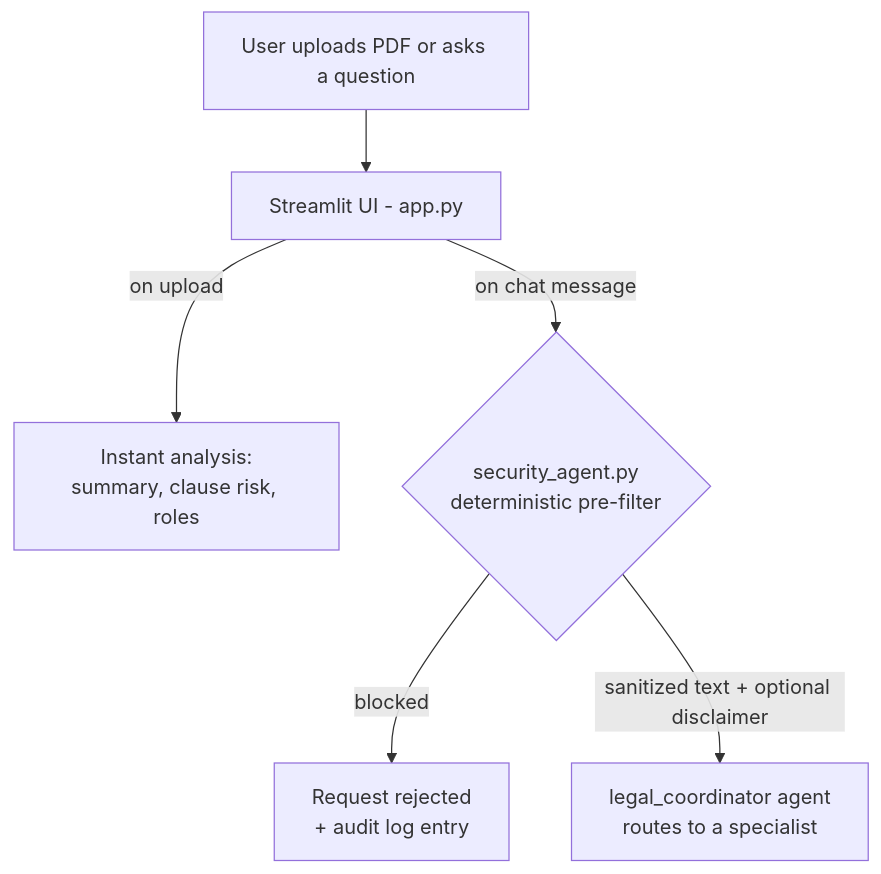
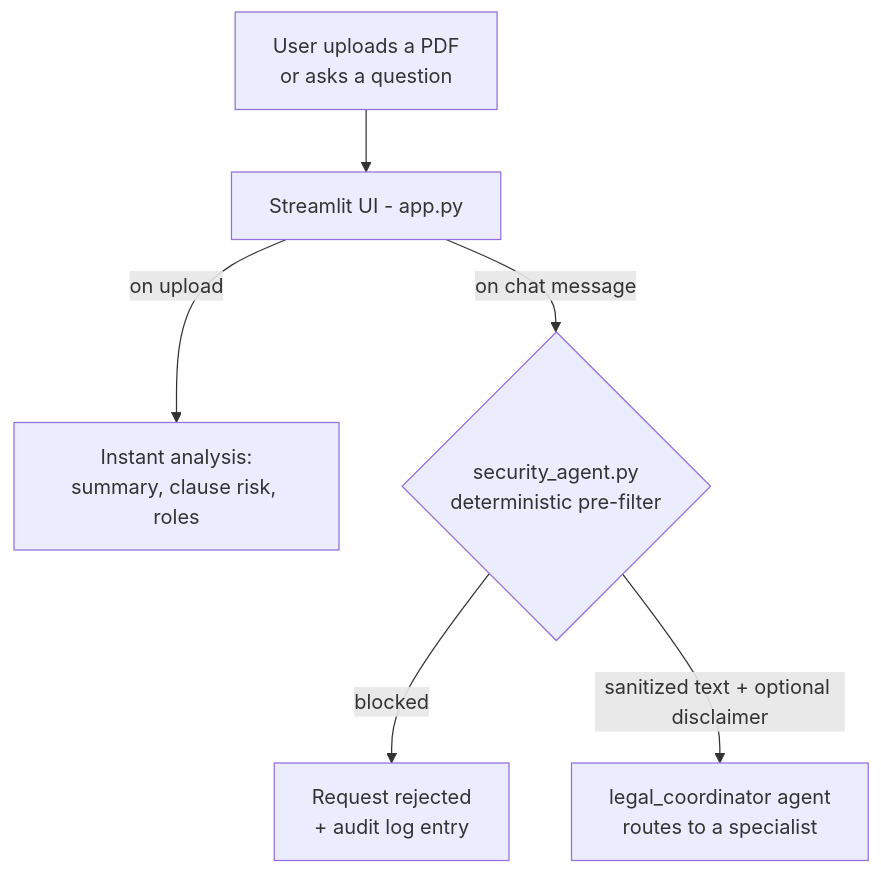
One commit to Poojitha20-B/AI-Legal-Assistant changed the first of 2 diagrams in README.md. Above: the diagram before and after it, drawn with Mermaid.

````diff
--- a/README.md
+++ b/README.md
@@ -46,8 +46,8 @@
 ```mermaid
 flowchart TD
-    U[User uploads PDF or asks a question] --> APP[Streamlit UI - app.py]
+    U[User uploads a PDF<br/>or asks a question] --> APP[Streamlit UI - app.py]
     APP -->|on upload| DIRECT[Instant analysis:<br/>summary, clause risk, roles]
     APP -->|on chat message| SEC{security_agent.py<br/>deterministic pre-filter}
     SEC -->|blocked| BLOCKED[Request rejected<br/>+ audit log entry]
     SEC -->|sanitized text + optional disclaimer| COORD[legal_coordinator agent<br/>routes to a specialist]
 ```
````
